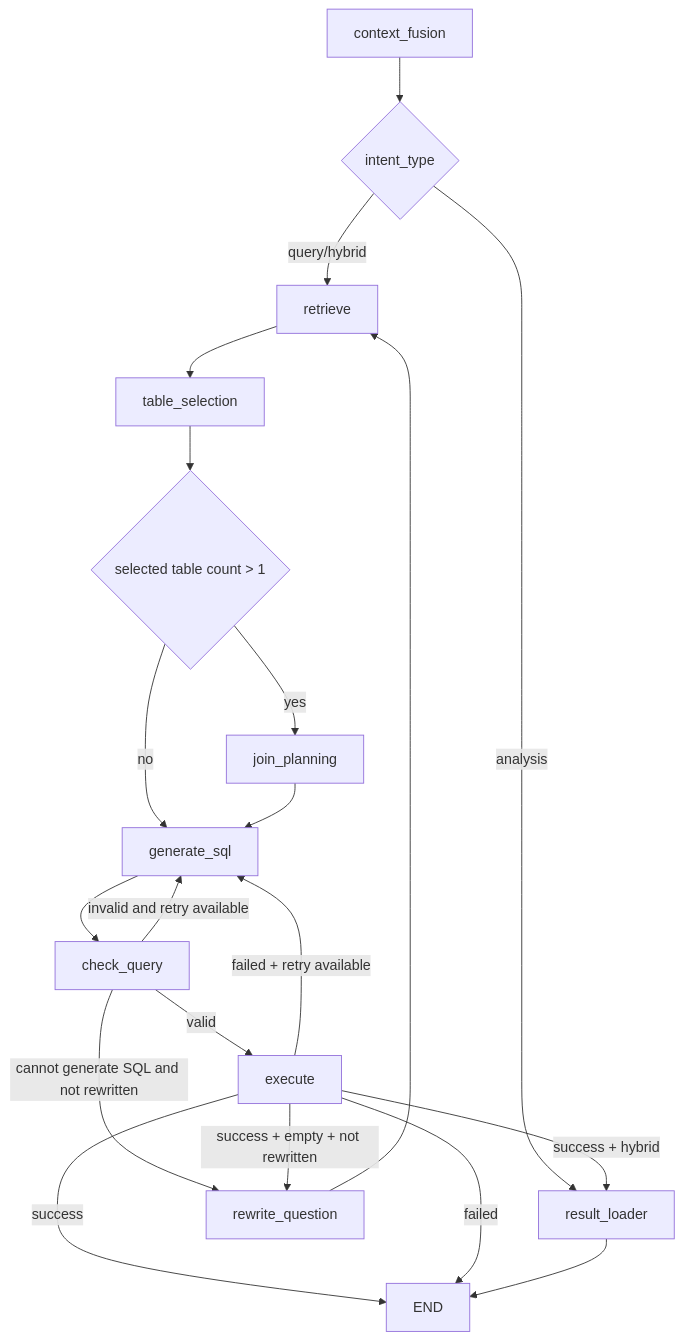
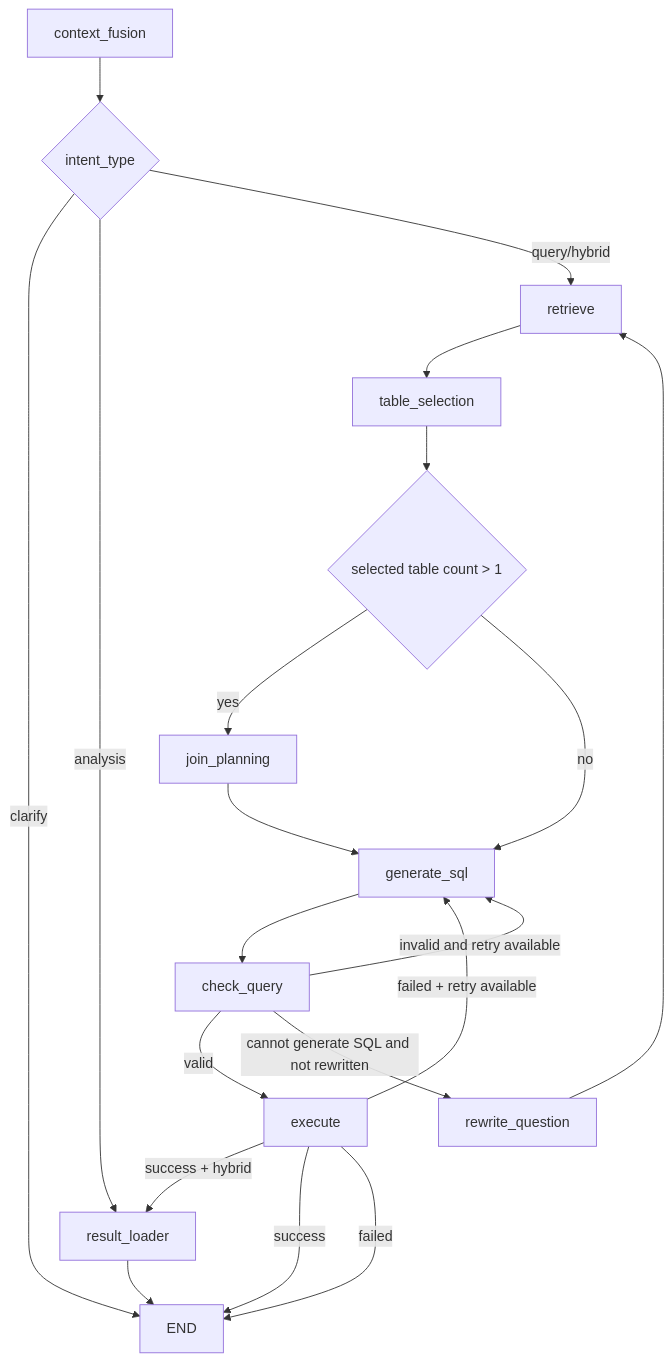
Before and after one commit to twenty11/sql-agent: the second of 2 diagrams in docs/technical-architecture.md, drawn with Mermaid. The commit also changed other lines of this file and 33 other files, not shown here.

````diff
--- a/docs/technical-architecture.md
+++ b/docs/technical-architecture.md
@@ -353,22 +354,22 @@
 ```mermaid
 flowchart TD
     A[context_fusion] --> B{intent_type}
+    B -->|clarify| K[END]
     B -->|analysis| R[result_loader]
     B -->|query/hybrid| C[retrieve]
     C --> D[table_selection]
     D --> E{selected table count > 1}
     E -->|yes| F[join_planning]
     E -->|no| G[generate_sql]
     F --> G
     G --> H[check_query]
     H -->|valid| I[execute]
     H -->|invalid and retry available| G
     H -->|cannot generate SQL and not rewritten| J[rewrite_question]
     J --> C
     I -->|success + hybrid| R
-    I -->|success + empty + not rewritten| J
     I -->|success| K[END]
     I -->|failed + retry available| G
     I -->|failed| K
     R --> K
 ```
````
